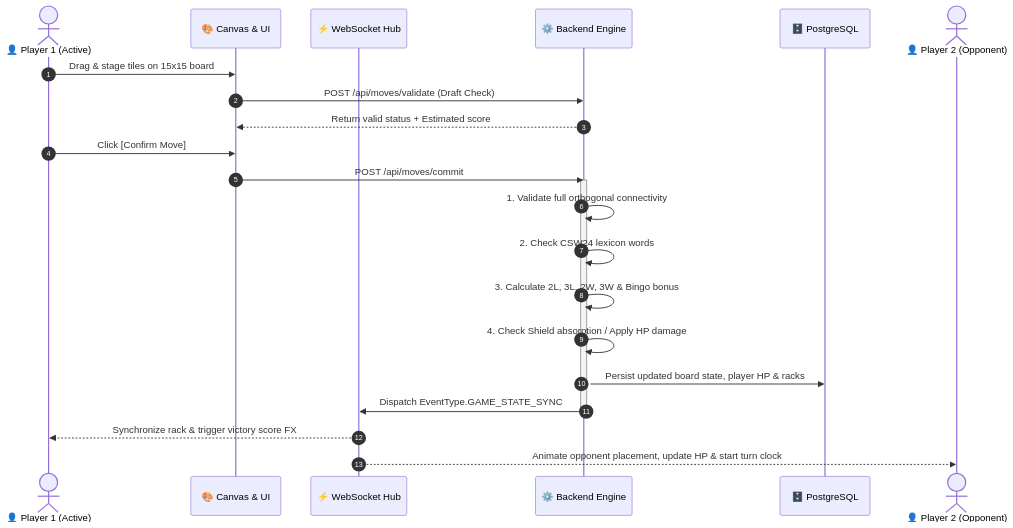
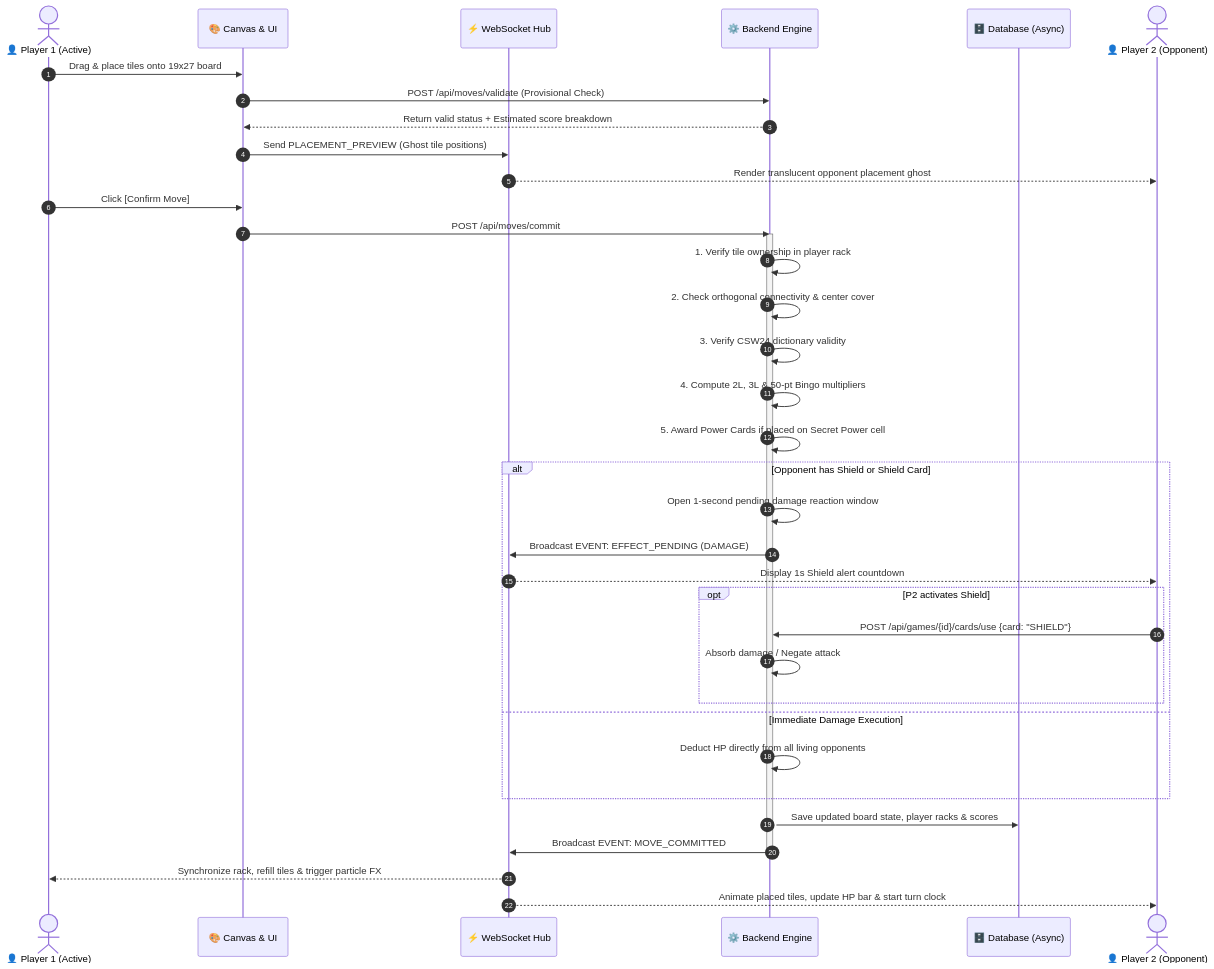
Before and after one commit to Cell1991/crossword-game: the second of 2 diagrams in README.md, drawn with Mermaid. The commit also changed other lines of this file, not shown here.

````diff
--- a/README.md
+++ b/README.md
@@ -213,28 +254,44 @@
 ```mermaid
 sequenceDiagram
     autonumber
     actor P1 as 👤 Player 1 (Active)
     participant Canvas as 🎨 Canvas & UI
     participant WS as ⚡ WebSocket Hub
     participant Engine as ⚙️ Backend Engine
-    participant DB as 🗄️ PostgreSQL
+    participant DB as 🗄️ Database (Async)
     actor P2 as 👤 Player 2 (Opponent)
 
-    P1->>Canvas: Drag & stage tiles on 15x15 board
-    Canvas->>Engine: POST /api/moves/validate (Draft Check)
-    Engine-->>Canvas: Return valid status + Estimated score
+    P1->>Canvas: Drag & place tiles onto 19x27 board
+    Canvas->>Engine: POST /api/moves/validate (Provisional Check)
+    Engine-->>Canvas: Return valid status + Estimated score breakdown
+    Canvas->>WS: Send PLACEMENT_PREVIEW (Ghost tile positions)
+    WS-->>P2: Render translucent opponent placement ghost
+
     P1->>Canvas: Click [Confirm Move]
     Canvas->>Engine: POST /api/moves/commit
+    activate Engine
+    Engine->>Engine: 1. Verify tile ownership in player rack
+    Engine->>Engine: 2. Check orthogonal connectivity & center cover
+    Engine->>Engine: 3. Verify CSW24 dictionary validity
+    Engine->>Engine: 4. Compute 2L, 3L & 50-pt Bingo multipliers
+    Engine->>Engine: 5. Award Power Cards if placed on Secret Power cell
     
-    activate Engine
-    Engine->>Engine: 1. Validate full orthogonal connectivity
-    Engine->>Engine: 2. Check CSW24 lexicon words
-    Engine->>Engine: 3. Calculate 2L, 3L, 2W, 3W & Bingo bonus
-    Engine->>Engine: 4. Check Shield absorption / Apply HP damage
-    Engine->>DB: Persist updated board state, player HP & racks
-    Engine->>WS: Dispatch EventType.GAME_STATE_SYNC
+    alt Opponent has Shield or Shield Card
+        Engine->>Engine: Open 1-second pending damage reaction window
+        Engine->>WS: Broadcast EVENT: EFFECT_PENDING (DAMAGE)
+        WS-->>P2: Display 1s Shield alert countdown
+        opt P2 activates Shield
+            P2->>Engine: POST /api/games/{id}/cards/use {card: "SHIELD"}
+            Engine->>Engine: Absorb damage / Negate attack
+        end
+    else Immediate Damage Execution
+        Engine->>Engine: Deduct HP directly from all living opponents
+    end
+
+    Engine->>DB: Save updated board state, player racks & scores
+    Engine->>WS: Broadcast EVENT: MOVE_COMMITTED
     deactivate Engine
 
-    WS-->>P1: Synchronize rack & trigger victory score FX
-    WS-->>P2: Animate opponent placement, update HP & start turn clock
+    WS-->>P1: Synchronize rack, refill tiles & trigger particle FX
+    WS-->>P2: Animate placed tiles, update HP bar & start turn clock
 ```
````
